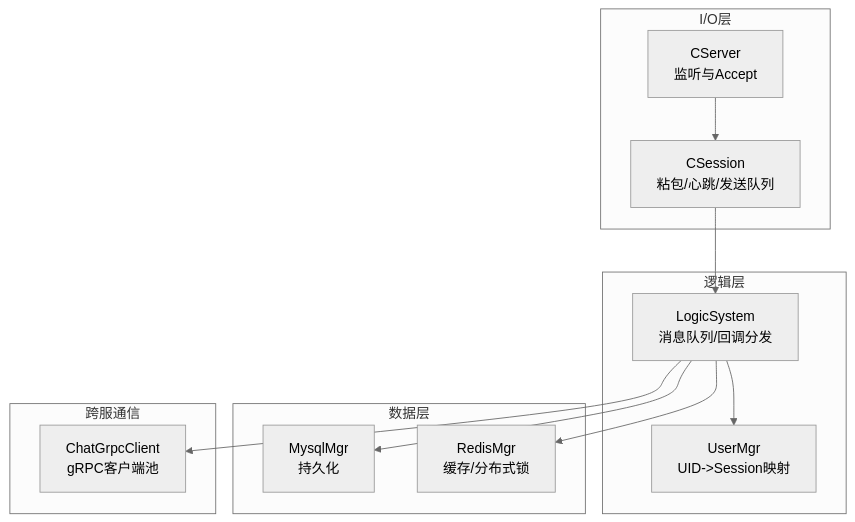
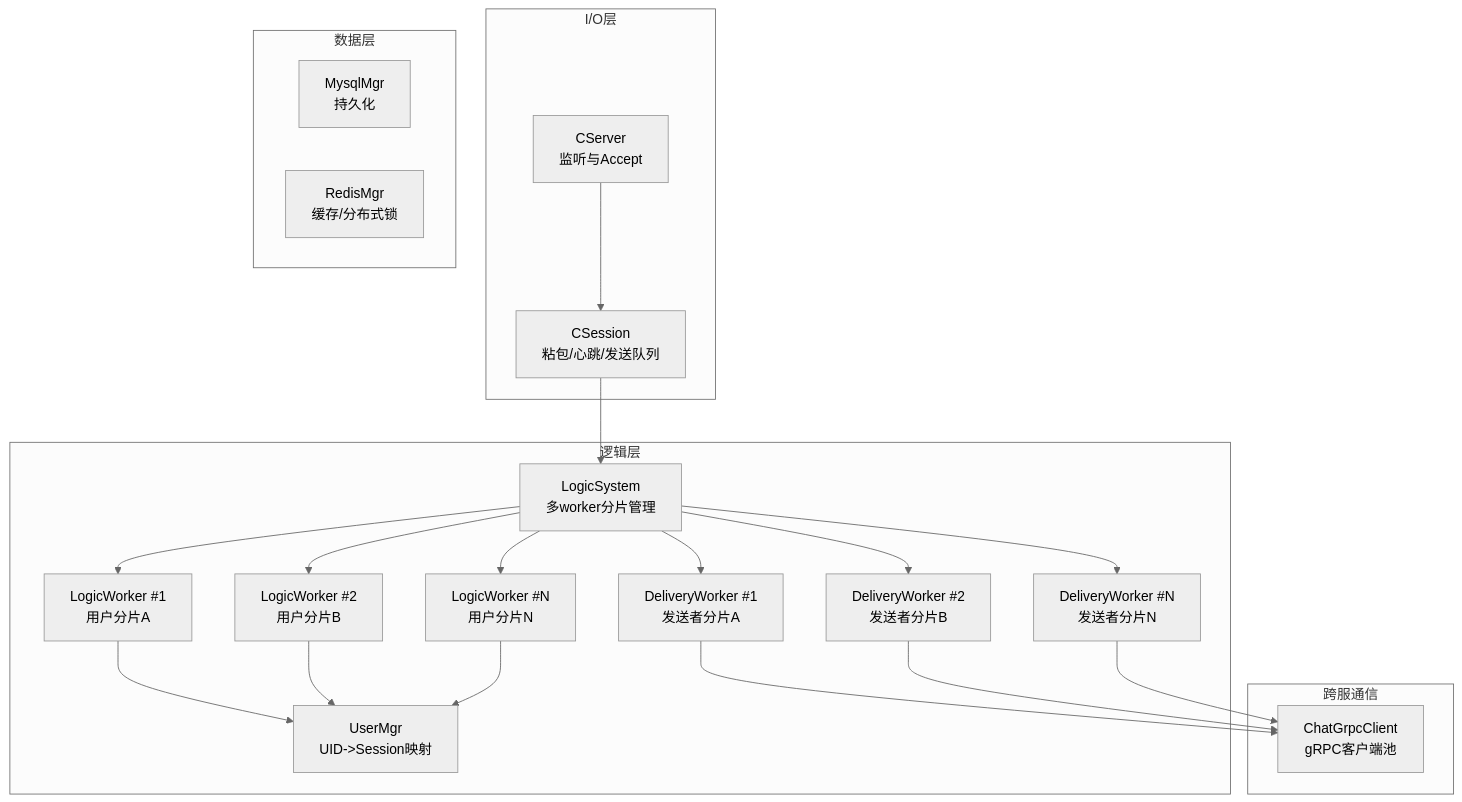
Before and after one commit to echo9923/mychatter: the first of 13 diagrams in .qoder/repowiki/zh/content/架构设计/微服务架构设计/ChatServer聊天核心服务/聊天逻辑系统.md, drawn with Mermaid (neutral theme). The commit also changed other lines of this file and 54 other files, not shown here.

````diff
--- a/.qoder/repowiki/zh/content/架构设计/微服务架构设计/ChatServer聊天核心服务/聊天逻辑系统.md
+++ b/.qoder/repowiki/zh/content/架构设计/微服务架构设计/ChatServer聊天核心服务/聊天逻辑系统.md
@@ -61,24 +70,38 @@
 ```mermaid
 graph TB
 subgraph "I/O层"
 CServer["CServer<br/>监听与Accept"]
 CSession["CSession<br/>粘包/心跳/发送队列"]
 end
 subgraph "逻辑层"
-LogicSystem["LogicSystem<br/>消息队列/回调分发"]
+LogicSystem["LogicSystem<br/>多worker分片管理"]
+LogicWorker1["LogicWorker #1<br/>用户分片A"]
+LogicWorker2["LogicWorker #2<br/>用户分片B"]
+LogicWorkerN["LogicWorker #N<br/>用户分片N"]
+DeliveryWorker1["DeliveryWorker #1<br/>发送者分片A"]
+DeliveryWorker2["DeliveryWorker #2<br/>发送者分片B"]
+DeliveryWorkerN["DeliveryWorker #N<br/>发送者分片N"]
 UserMgr["UserMgr<br/>UID->Session映射"]
 end
 subgraph "数据层"
 MysqlMgr["MysqlMgr<br/>持久化"]
 RedisMgr["RedisMgr<br/>缓存/分布式锁"]
 end
 subgraph "跨服通信"
 ChatGrpcClient["ChatGrpcClient<br/>gRPC客户端池"]
 end
 CServer --> CSession
 CSession --> LogicSystem
-LogicSystem --> UserMgr
-LogicSystem --> MysqlMgr
-LogicSystem --> RedisMgr
-LogicSystem --> ChatGrpcClient
+LogicSystem --> LogicWorker1
+LogicSystem --> LogicWorker2
+LogicSystem --> LogicWorkerN
+LogicSystem --> DeliveryWorker1
+LogicSystem --> DeliveryWorker2
+LogicSystem --> DeliveryWorkerN
+LogicWorker1 --> UserMgr
+LogicWorker2 --> UserMgr
+LogicWorkerN --> UserMgr
+DeliveryWorker1 --> ChatGrpcClient
+DeliveryWorker2 --> ChatGrpcClient
+DeliveryWorkerN --> ChatGrpcClient
 ```
````
